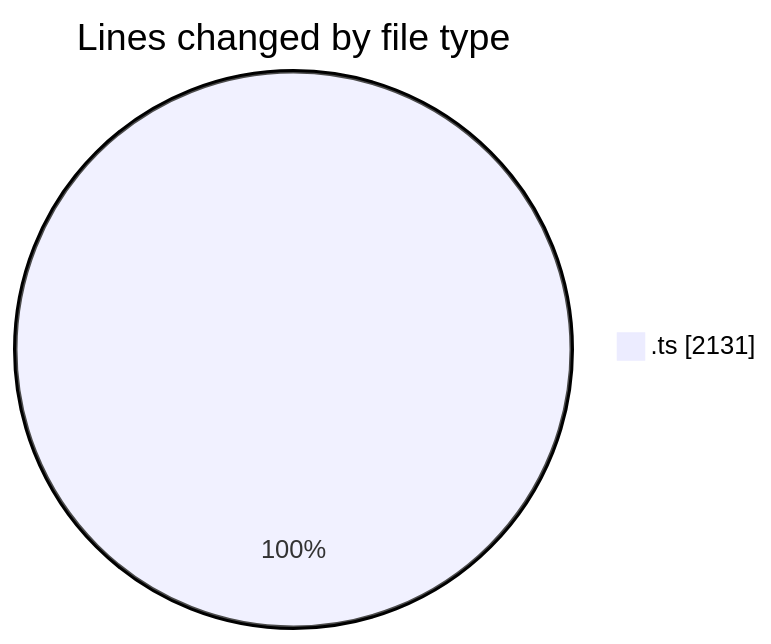
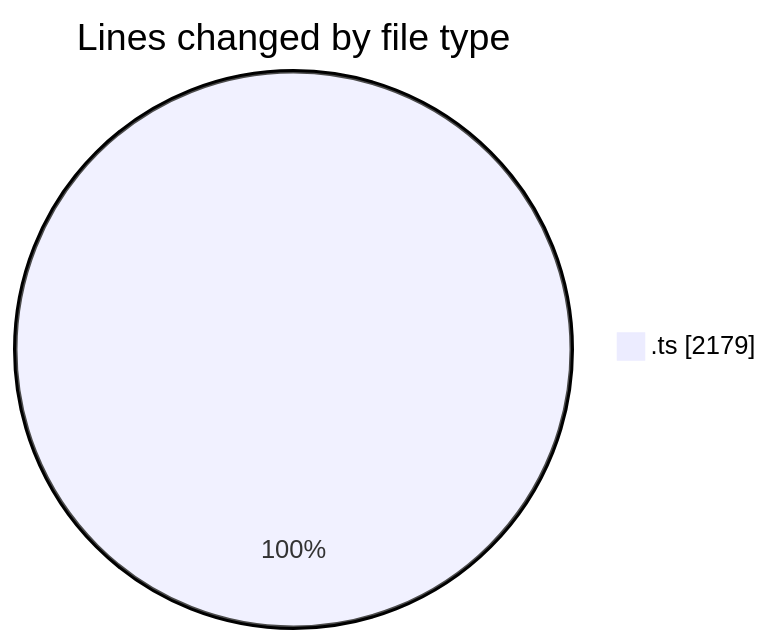
The first of 2 diagrams in 2025-10-24/cda/README.md (momahboobian/code-tracking), drawn with Mermaid before and after one commit. The commit also changed other lines of this file and 1 other file, not shown here.

````diff
--- a/2025-10-24/cda/README.md
+++ b/2025-10-24/cda/README.md
@@ -24,5 +24,5 @@
 ```mermaid
 pie showData
 title Lines changed by file type
-".ts" : 2131
+".ts" : 2179
 ```
````
